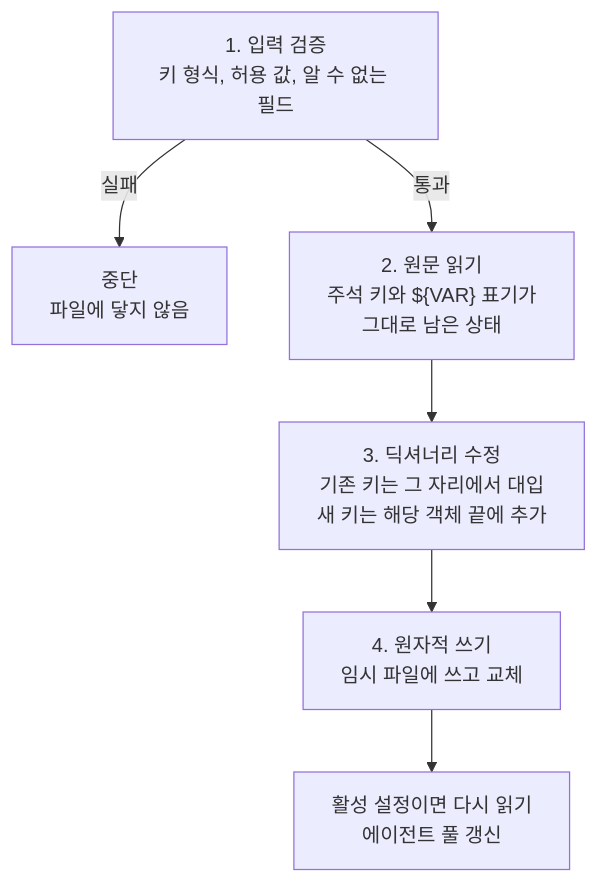
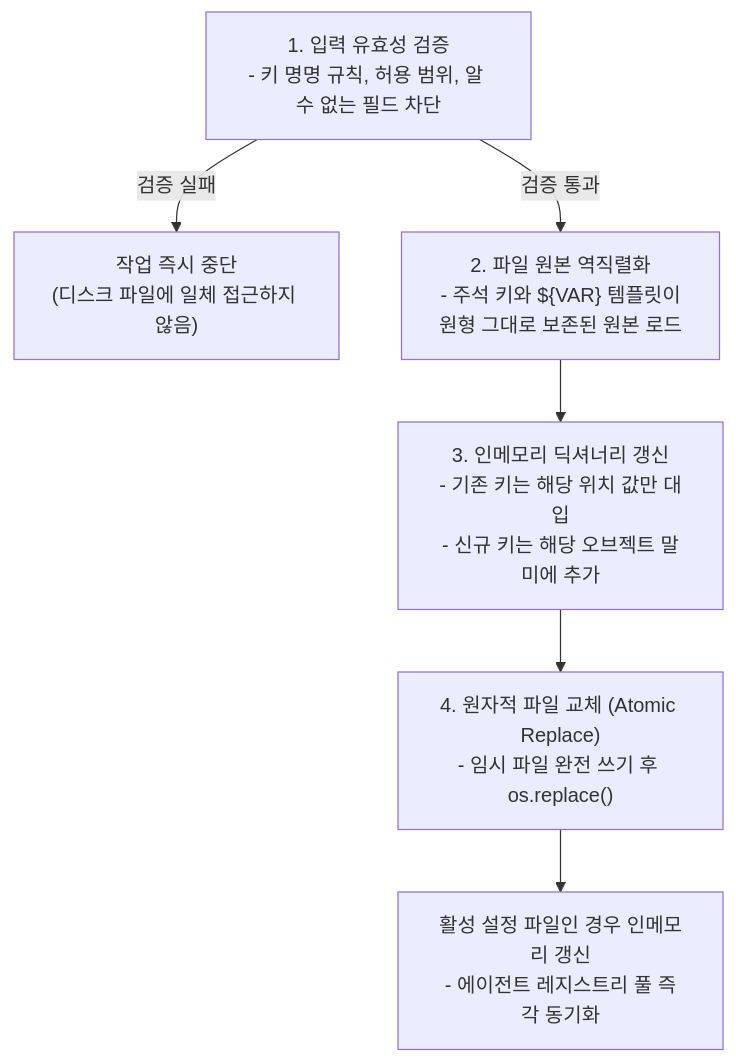
One commit to HaJaehee/MultiAgentDebateAndOrchestrationPlatform changed the second of 2 diagrams in lectures/04-core-techniques/01-configuration.md. Above: the diagram before and after it, drawn with Mermaid. The commit also changed other lines of this file and 39 other files, not shown here.

````diff
--- a/lectures/04-core-techniques/01-configuration.md
+++ b/lectures/04-core-techniques/01-configuration.md
@@ -75,8 +63,8 @@
 ```mermaid
 flowchart TB
-    a["1. 입력 검증<br/>키 형식, 허용 값, 알 수 없는 필드"] -->|"실패"| x["중단<br/>파일에 닿지 않음"]
-    a -->|"통과"| b["2. 원문 읽기<br/>주석 키와 ${VAR} 표기가<br/>그대로 남은 상태"]
-    b --> c["3. 딕셔너리 수정<br/>기존 키는 그 자리에서 대입<br/>새 키는 해당 객체 끝에 추가"]
-    c --> d["4. 원자적 쓰기<br/>임시 파일에 쓰고 교체"]
-    d --> e["활성 설정이면 다시 읽기<br/>에이전트 풀 갱신"]
+    a["1. 입력 유효성 검증<br/>- 키 명명 규칙, 허용 범위, 알 수 없는 필드 차단"] -->|"검증 실패"| x["작업 즉시 중단<br/>(디스크 파일에 일체 접근하지 않음)"]
+    a -->|"검증 통과"| b["2. 파일 원본 역직렬화<br/>- 주석 키와 ${VAR} 템플릿이<br/>원형 그대로 보존된 원본 로드"]
+    b --> c["3. 인메모리 딕셔너리 갱신<br/>- 기존 키는 해당 위치 값만 대입<br/>- 신규 키는 해당 오브젝트 말미에 추가"]
+    c --> d["4. 원자적 파일 교체 (Atomic Replace)<br/>- 임시 파일 완전 쓰기 후 os.replace()"]
+    d --> e["활성 설정 파일인 경우 인메모리 갱신<br/>- 에이전트 레지스트리 풀 즉각 동기화"]
 ```
````
